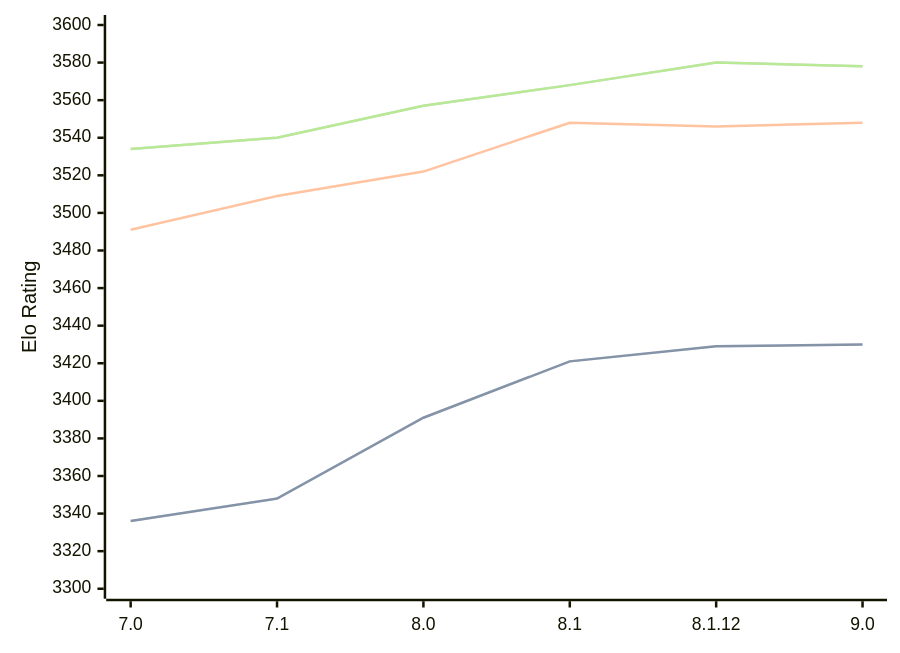
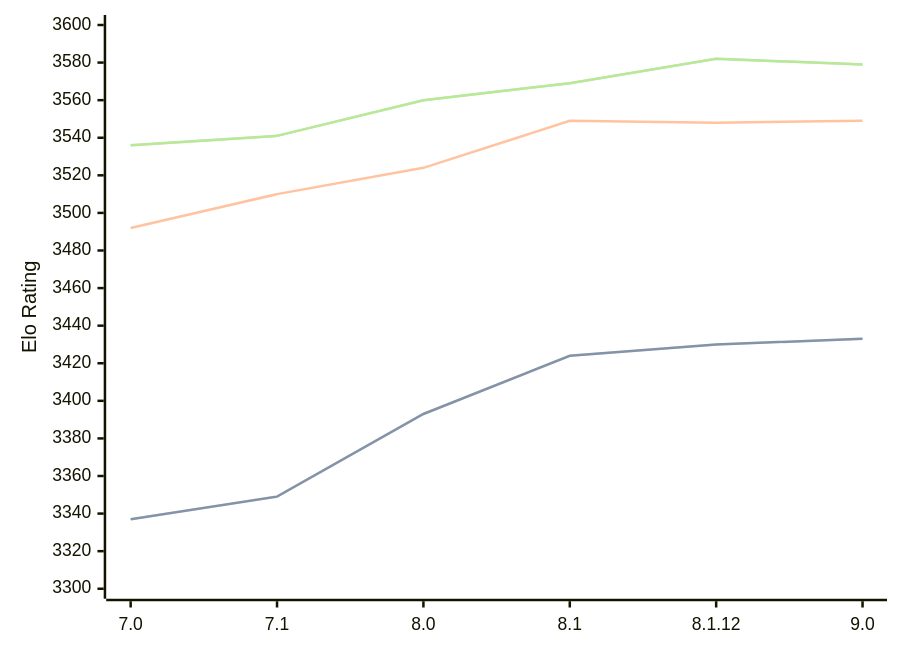
One commit to computer-chess-index/cci changed the diagram in engines/Alexandria.md. Above: the diagram before and after it, drawn with Mermaid. The commit also changed other lines of this file, not shown here.

Commit message:
Update CCI Ratings (ELO VLTC) - 2026-09-01

````diff
--- a/engines/Alexandria.md
+++ b/engines/Alexandria.md
@@ -36,11 +36,11 @@
 ```mermaid
 %%{init: {"theme":"base","themeVariables":{"seriesColors:['#a3a3a3','#222221','#faa371']}}}%%
 xychart-beta
   x-axis ["7.0", "7.1", "8.0", "8.1", "8.1.12", "9.0"]
   y-axis "Elo Rating" 3300 --> 3600
-  line "" [3336, 3348, 3391, 3421, 3429, 3430]
-  line "STC (8.0+0.08s)" [3336, 3348, 3391, 3421, 3429, 3430]
-  line "LTC (60.0+0.60s)" [3491, 3509, 3522, 3548, 3546, 3548]
-  line "" [3534, 3540, 3557, 3568, 3580, 3578]
-  line "VLTC (2m24s+1.12s)" [3534, 3540, 3557, 3568, 3580, 3578]
+  line "" [3337, 3349, 3393, 3424, 3430, 3433]
+  line "STC (8.0+0.08s)" [3337, 3349, 3393, 3424, 3430, 3433]
+  line "LTC (60.0+0.60s)" [3492, 3510, 3524, 3549, 3548, 3549]
+  line "" [3536, 3541, 3560, 3569, 3582, 3579]
+  line "VLTC (2m24s+1.12s)" [3536, 3541, 3560, 3569, 3582, 3579]
 ```
````
